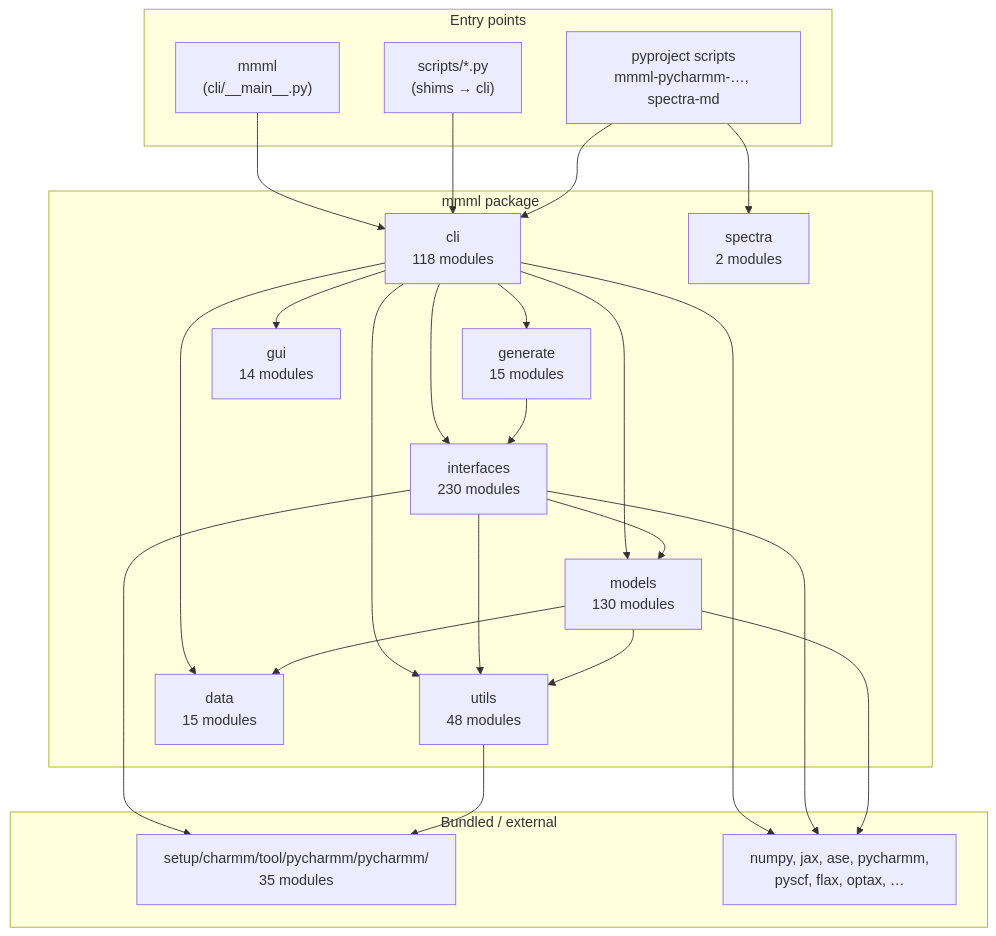
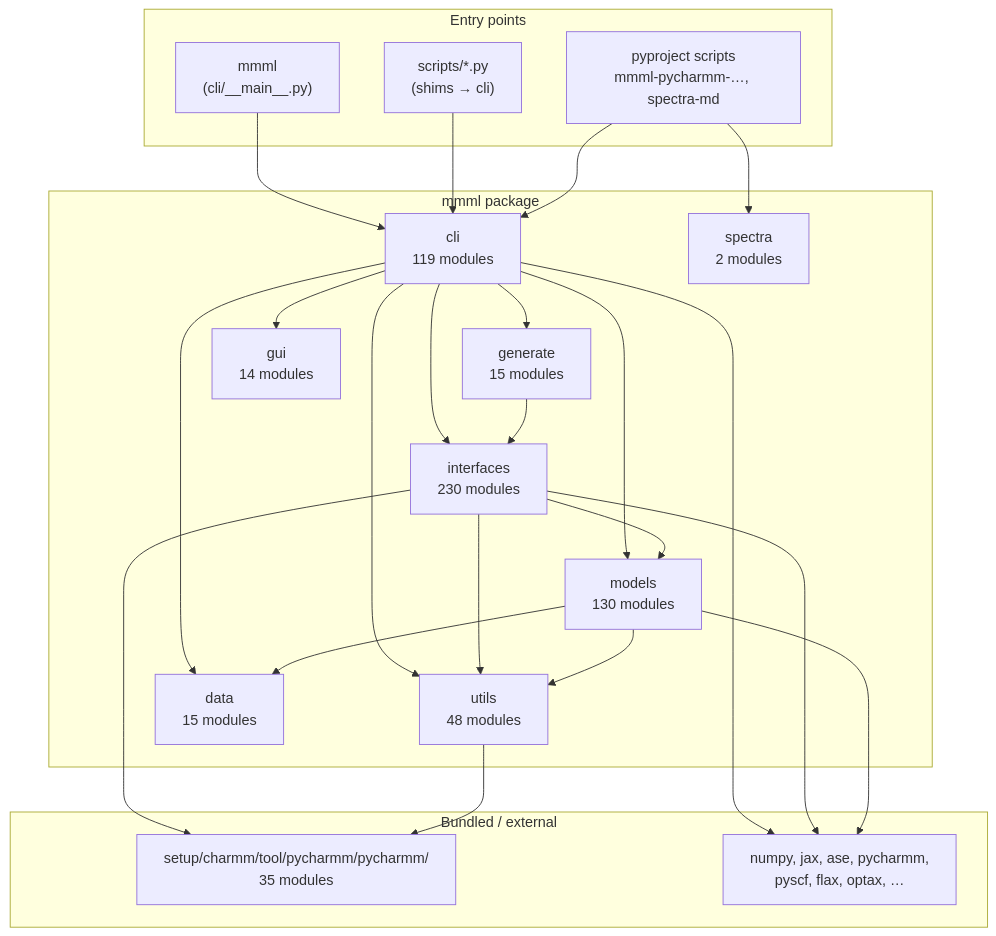
Before and after one commit to EricBoittier/mmml: the first of 8 diagrams in docs/package-architecture.md, drawn with Mermaid. The commit also changed other lines of this file and 22 other files, not shown here.

````diff
--- a/docs/package-architecture.md
+++ b/docs/package-architecture.md
@@ -13,48 +13,48 @@
 ```mermaid
 flowchart TB
   subgraph entry["Entry points"]
     MMML["mmml\n(cli/__main__.py)"]
     SCRIPTS["scripts/*.py\n(shims → cli)"]
     PKG["pyproject scripts\nmmml-pycharmm-…, spectra-md"]
   end
 
   subgraph mmml_pkg["mmml package"]
-    CLI["cli\n118 modules"]
+    CLI["cli\n119 modules"]
     IFACE["interfaces\n230 modules"]
     MODELS["models\n130 modules"]
     UTILS["utils\n48 modules"]
     DATA["data\n15 modules"]
     GEN["generate\n15 modules"]
     GUI["gui\n14 modules"]
     SPEC["spectra\n2 modules"]
   end
 
   subgraph vendor["Bundled / external"]
     PYCH["setup/charmm/tool/pycharmm/pycharmm/\n35 modules"]
     EXT["numpy, jax, ase, pycharmm,\npyscf, flax, optax, …"]
   end
 
   MMML --> CLI
   SCRIPTS --> CLI
   PKG --> CLI
   PKG --> SPEC
 
   CLI --> IFACE
   CLI --> MODELS
   CLI --> DATA
   CLI --> UTILS
   CLI --> GEN
   CLI --> GUI
 
   IFACE --> MODELS
   IFACE --> UTILS
   IFACE --> PYCH
   MODELS --> UTILS
   MODELS --> DATA
   UTILS --> PYCH
   GEN --> IFACE
 
   CLI --> EXT
   IFACE --> EXT
   MODELS --> EXT
 ```
````
